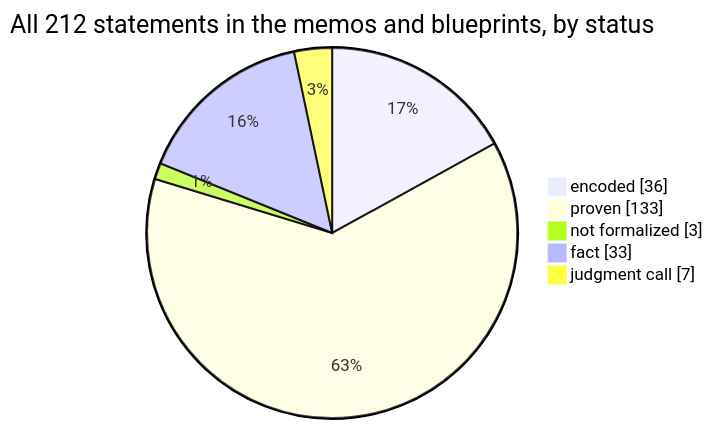
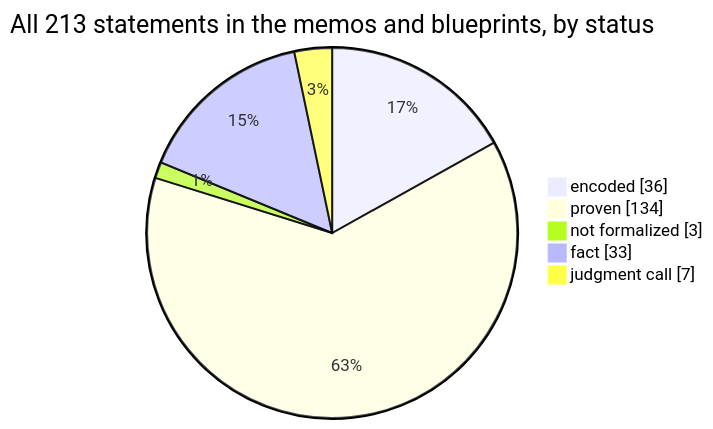
One commit to SeanWMurray/Canteen changed the first of 4 diagrams in docs/graphs/dashboard.md. Above: the diagram before and after it, drawn with Mermaid. The commit also changed other lines of this file and 14 other files, not shown here.

````diff
--- a/docs/graphs/dashboard.md
+++ b/docs/graphs/dashboard.md
@@ -11,8 +11,8 @@
 ```mermaid
-pie showData title All 212 statements in the memos and blueprints, by status
+pie showData title All 213 statements in the memos and blueprints, by status
     "encoded" : 36
-    "proven" : 133
+    "proven" : 134
     "not formalized" : 3
     "fact" : 33
     "judgment call" : 7
 ```
````
